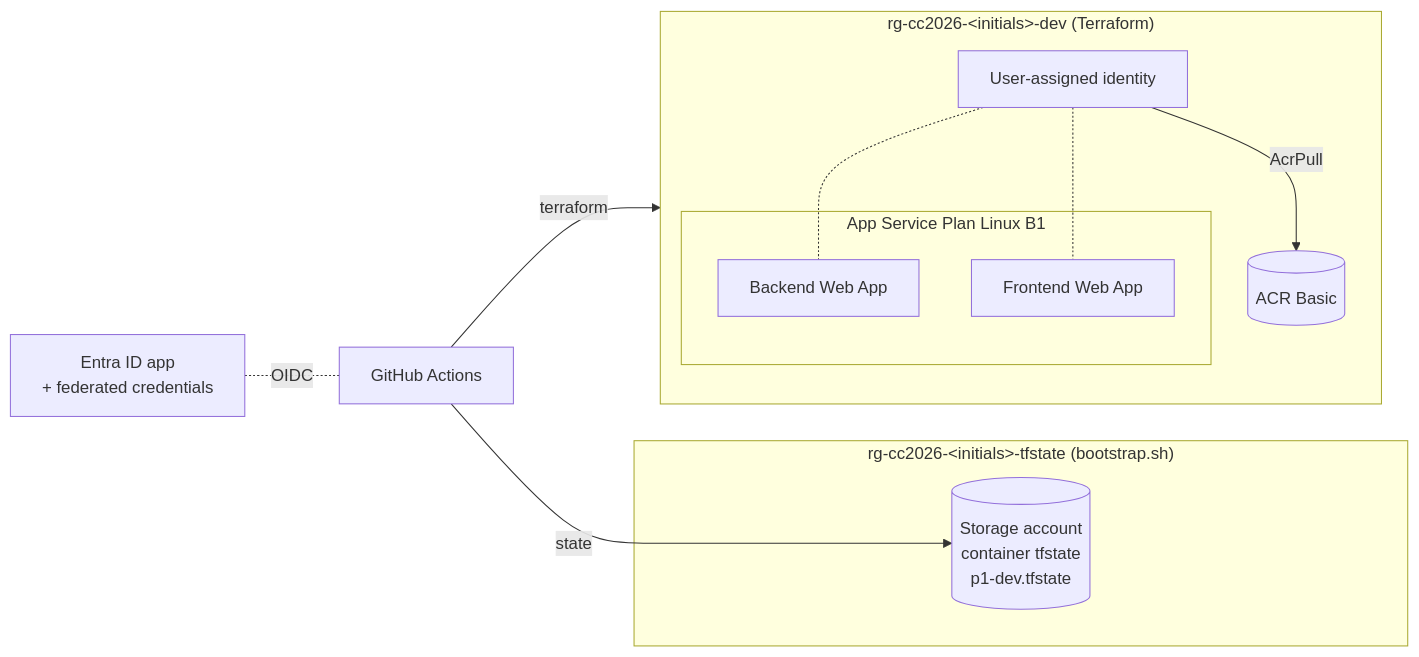
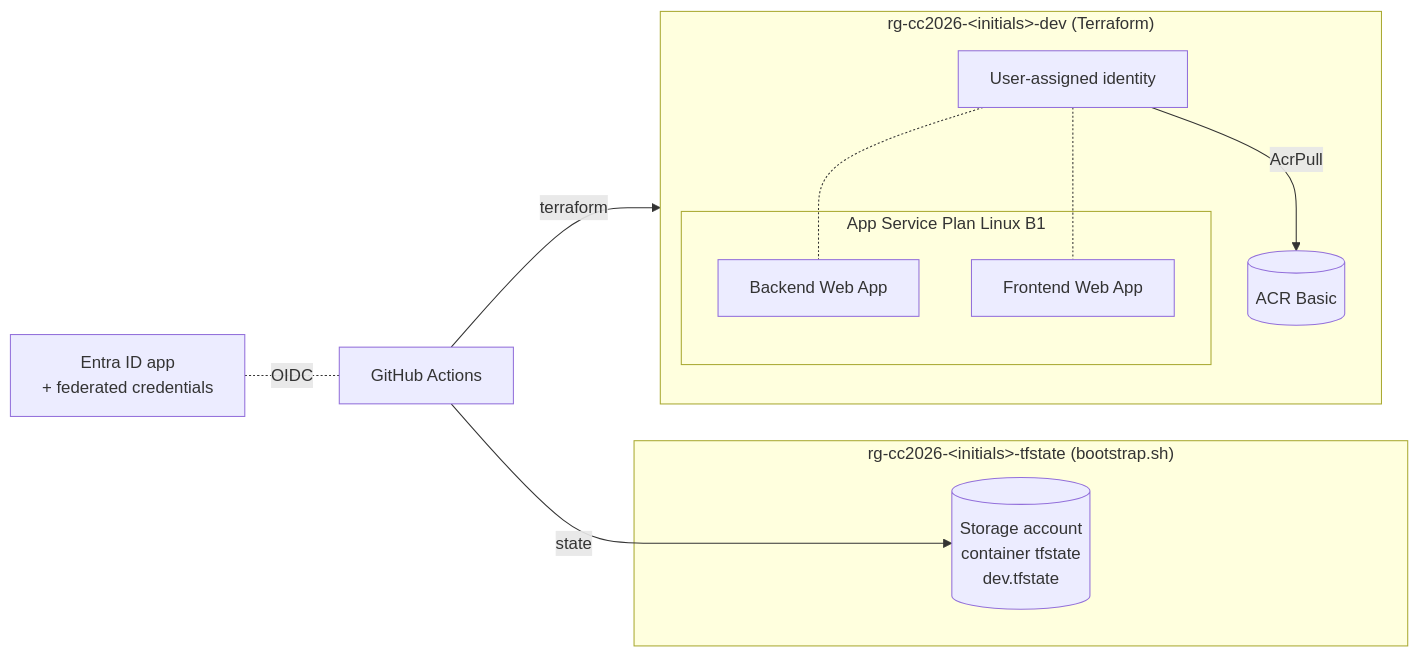
The diagram in README.md (agi1clj/CC2026_DS_Infra), drawn with Mermaid before and after one commit. The commit also changed other lines of this file and 12 other files, not shown here.

````diff
--- a/README.md
+++ b/README.md
@@ -10,18 +10,18 @@
 ```mermaid
 flowchart LR
     subgraph state["rg-cc2026-&lt;initials&gt;-tfstate (bootstrap.sh)"]
-        sa[(Storage account<br/>container tfstate<br/>p1-dev.tfstate)]
+        sa[(Storage account<br/>container tfstate<br/>dev.tfstate)]
     end
     subgraph app["rg-cc2026-&lt;initials&gt;-dev (Terraform)"]
         acr[(ACR Basic)]
         id[User-assigned identity] -- AcrPull --> acr
         subgraph asp["App Service Plan Linux B1"]
             be[Backend Web App]
             fe[Frontend Web App]
         end
         id -.- be & fe
     end
     entra[Entra ID app<br/>+ federated credentials] -. OIDC .- gh[GitHub Actions]
     gh -- terraform --> app
     gh -- state --> sa
 ```
````
